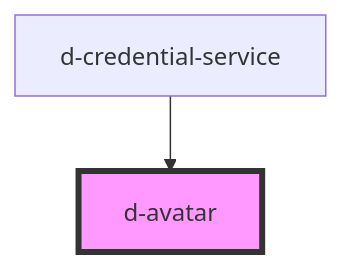
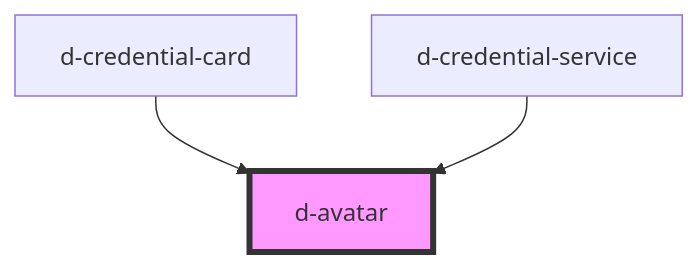
The diagram in src/components/avatar/readme.md (ForkbombEu/didroom-components), drawn with Mermaid before and after one commit. The commit also changed other lines of this file and 1 other file, not shown here.

````diff
--- a/src/components/avatar/readme.md
+++ b/src/components/avatar/readme.md
@@ -25,5 +26,6 @@
 ```mermaid
 graph TD;
+  d-credential-card --> d-avatar
   d-credential-service --> d-avatar
   style d-avatar fill:#f9f,stroke:#333,stroke-width:4px
 ```
````
